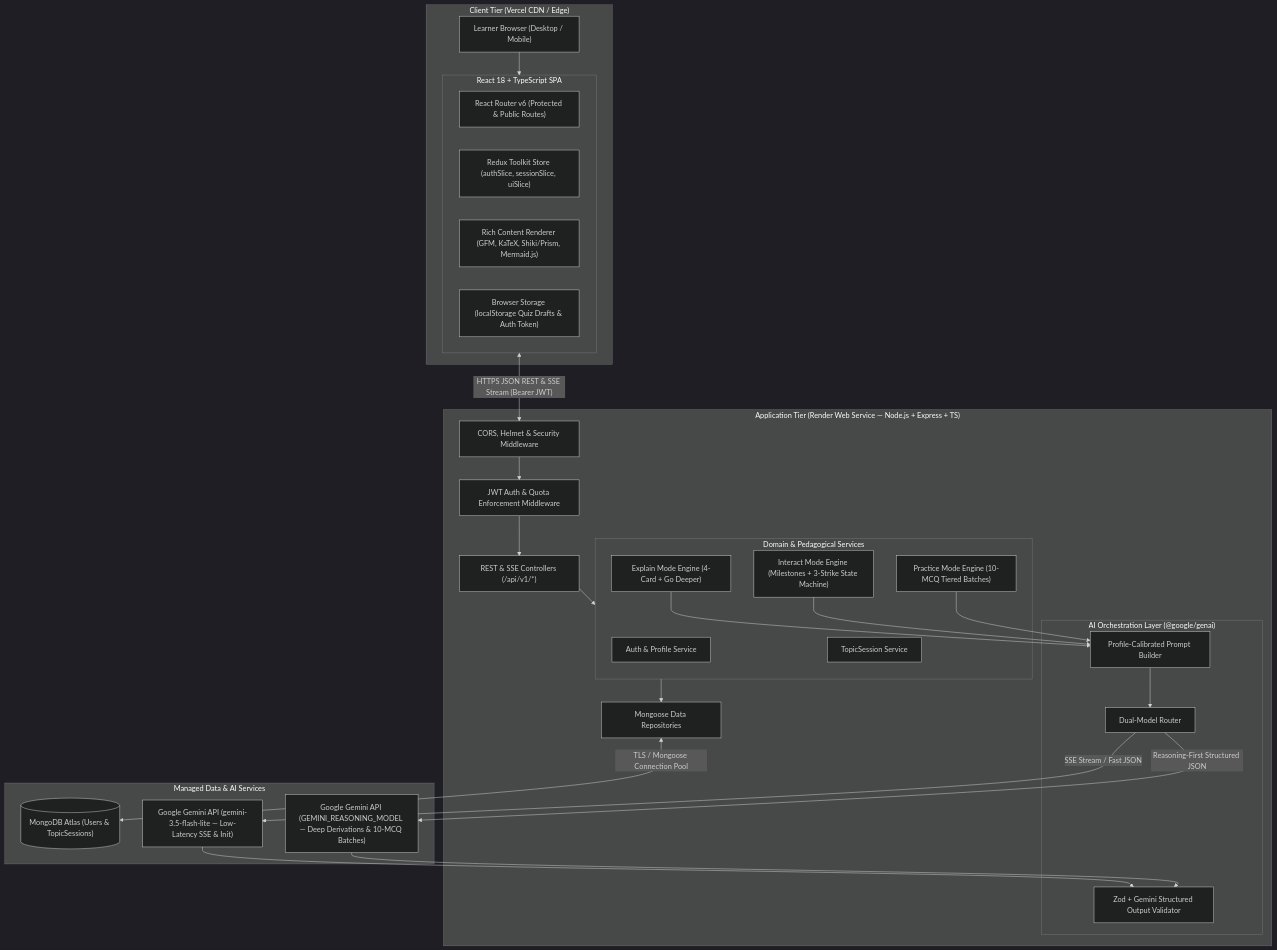
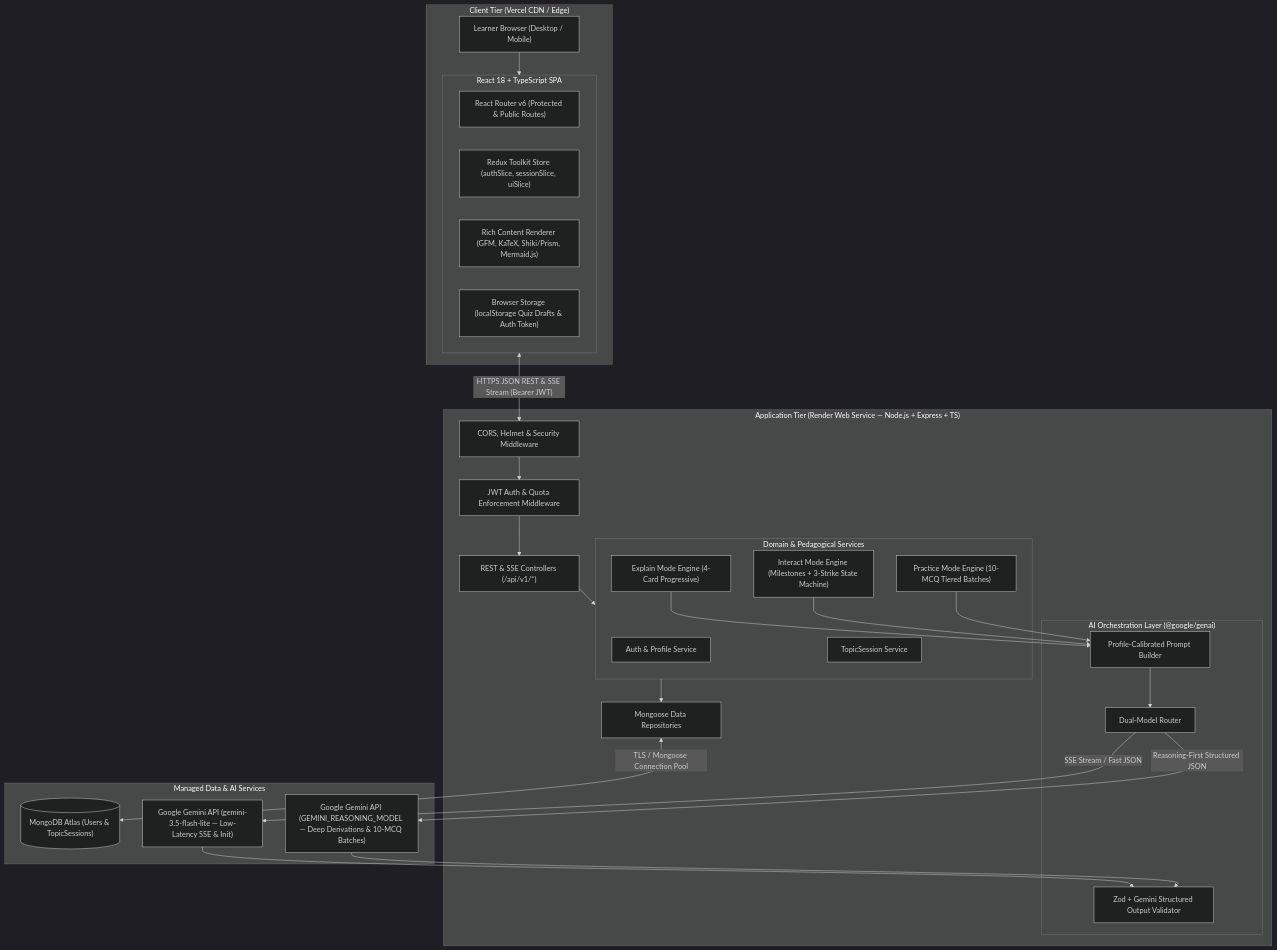
One commit to rwtchandrpal/mentora changed the first of 3 diagrams in docs/architecture.md. Above: the diagram before and after it, drawn with Mermaid (dark theme). The commit also changed other lines of this file and 43 other files, not shown here.

First line of the commit message:
feat(shared,server,client): remove Go Deeper and sub-topic chips, polish Explain cards

````diff
--- a/docs/architecture.md
+++ b/docs/architecture.md
@@ -24,52 +24,52 @@
 ```mermaid
 flowchart TB
     subgraph ClientTier["Client Tier (Vercel CDN / Edge)"]
         Browser["Learner Browser (Desktop / Mobile)"]
         subgraph ReactSPA["React 18 + TypeScript SPA"]
             Router["React Router v6 (Protected & Public Routes)"]
             Redux["Redux Toolkit Store (authSlice, sessionSlice, uiSlice)"]
             RichRenderer["Rich Content Renderer (GFM, KaTeX, Shiki/Prism, Mermaid.js)"]
             LocalStore["Browser Storage (localStorage Quiz Drafts & Auth Token)"]
         end
     end
 
     subgraph ServerTier["Application Tier (Render Web Service — Node.js + Express + TS)"]
         CORS["CORS, Helmet & Security Middleware"]
         AuthMW["JWT Auth & Quota Enforcement Middleware"]
         Controllers["REST & SSE Controllers (/api/v1/*)"]
         
         subgraph CoreServices["Domain & Pedagogical Services"]
             AuthSvc["Auth & Profile Service"]
             SessionSvc["TopicSession Service"]
-            ExplainEngine["Explain Mode Engine (4-Card + Go Deeper)"]
+            ExplainEngine["Explain Mode Engine (4-Card Progressive)"]
             InteractEngine["Interact Mode Engine (Milestones + 3-Strike State Machine)"]
             PracticeEngine["Practice Mode Engine (10-MCQ Tiered Batches)"]
         end
         
         subgraph AIProvider["AI Orchestration Layer (@google/genai)"]
             PromptBuilder["Profile-Calibrated Prompt Builder"]
             SchemaValidator["Zod + Gemini Structured Output Validator"]
             ModelRouter["Dual-Model Router"]
         end
 
         Repos["Mongoose Data Repositories"]
     end
 
     subgraph ExternalTier["Managed Data & AI Services"]
         MongoAtlas[("MongoDB Atlas (Users & TopicSessions)")]
         GeminiFast["Google Gemini API (gemini-3.5-flash-lite — Low-Latency SSE & Init)"]
         GeminiPro["Google Gemini API (GEMINI_REASONING_MODEL — Deep Derivations & 10-MCQ Batches)"]
     end
 
     Browser --> ReactSPA
     ReactSPA <-->|"HTTPS JSON REST & SSE Stream (Bearer JWT)"| CORS
     CORS --> AuthMW --> Controllers
     Controllers --> CoreServices
     ExplainEngine & InteractEngine & PracticeEngine --> PromptBuilder
     PromptBuilder --> ModelRouter
     ModelRouter -->|"SSE Stream / Fast JSON"| GeminiFast
     ModelRouter -->|"Reasoning-First Structured JSON"| GeminiPro
     GeminiFast & GeminiPro --> SchemaValidator
     CoreServices --> Repos
     Repos <-->|"TLS / Mongoose Connection Pool"| MongoAtlas
 ```
````
